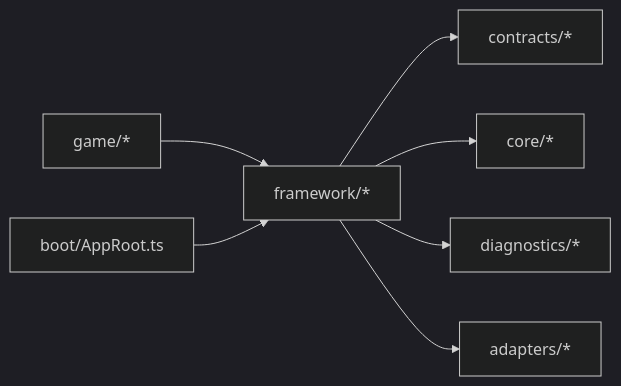
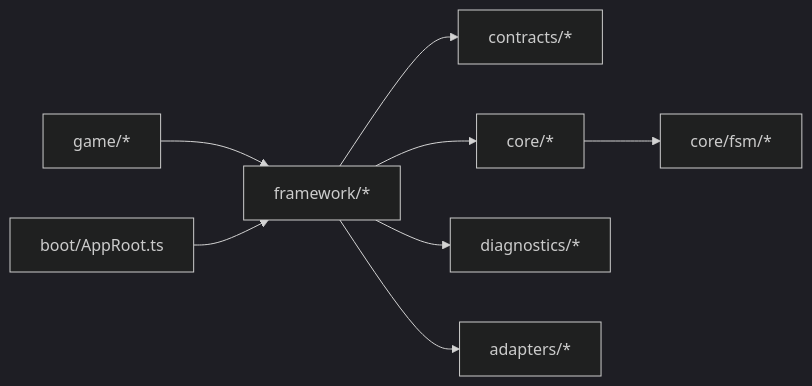
One commit to leviseek/ai-game-kit changed the ninth of 10 diagrams in .qoder/repowiki/zh/content/框架架构/框架架构.md. Above: the diagram before and after it, drawn with Mermaid (dark theme). The commit also changed other lines of this file and 3 other files, not shown here.

````diff
--- a/.qoder/repowiki/zh/content/框架架构/框架架构.md
+++ b/.qoder/repowiki/zh/content/框架架构/框架架构.md
@@ -357,9 +411,10 @@
 ```mermaid
 graph LR
 Framework["framework/*"] --> Contracts["contracts/*"]
 Framework --> Core["core/*"]
+Core --> FSM["core/fsm/*"]
 Framework --> Diagnostics["diagnostics/*"]
 Framework --> Adapters["adapters/*"]
 Game["game/*"] --> Framework
 Boot["boot/AppRoot.ts"] --> Framework
 ```
````
